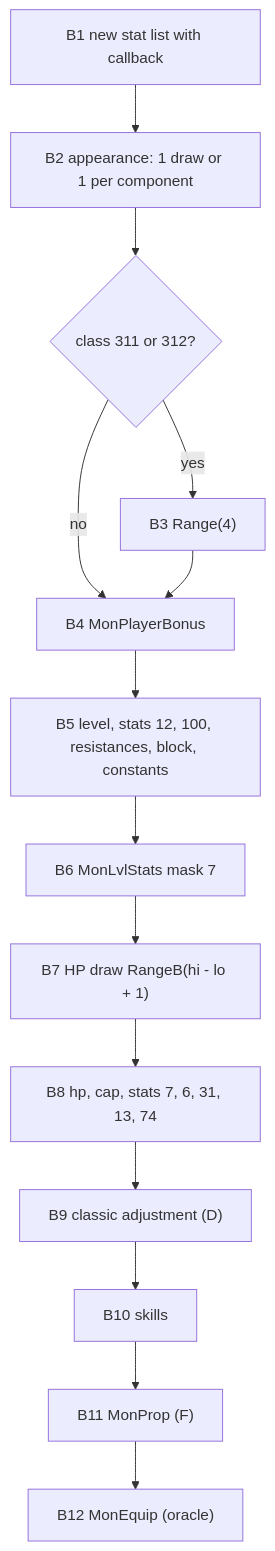
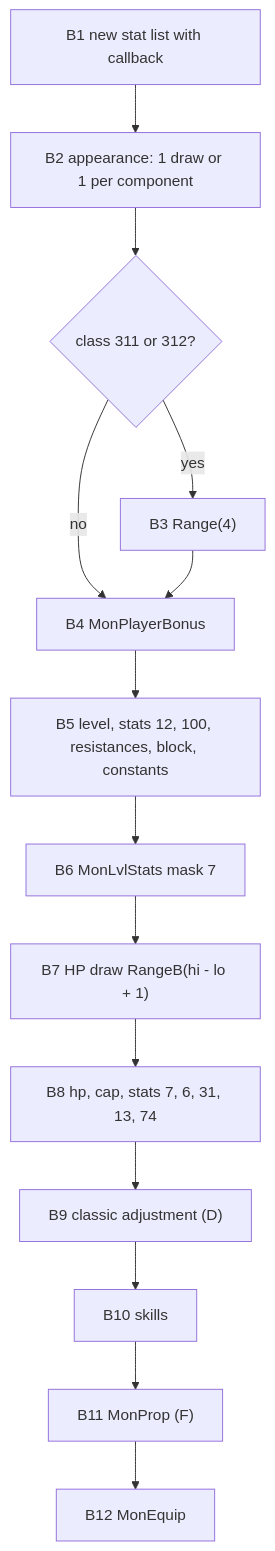
One commit to IgorKonovalov/diablo-2-recompilation changed the second of 4 diagrams in docs/specs/monsters/stats.md. Above: the diagram before and after it, drawn with Mermaid. The commit also changed other lines of this file and 14 other files, not shown here.

````diff
--- a/docs/specs/monsters/stats.md
+++ b/docs/specs/monsters/stats.md
@@ -191,16 +191,16 @@
 ```mermaid
 flowchart TD
   b1["B1 new stat list with callback"] --> b2["B2 appearance: 1 draw or 1 per component"]
   b2 --> b3{"class 311 or 312?"}
   b3 -->|yes| b3y["B3 Range(4)"]
   b3 -->|no| b4
   b3y --> b4["B4 MonPlayerBonus"]
   b4 --> b5["B5 level, stats 12, 100, resistances, block, constants"]
   b5 --> b6["B6 MonLvlStats mask 7"]
   b6 --> b7["B7 HP draw RangeB(hi - lo + 1)"]
   b7 --> b8["B8 hp, cap, stats 7, 6, 31, 13, 74"]
   b8 --> b9["B9 classic adjustment (D)"]
   b9 --> b10["B10 skills"]
   b10 --> b11["B11 MonProp (F)"]
-  b11 --> b12["B12 MonEquip (oracle)"]
+  b11 --> b12["B12 MonEquip"]
 ```
````
